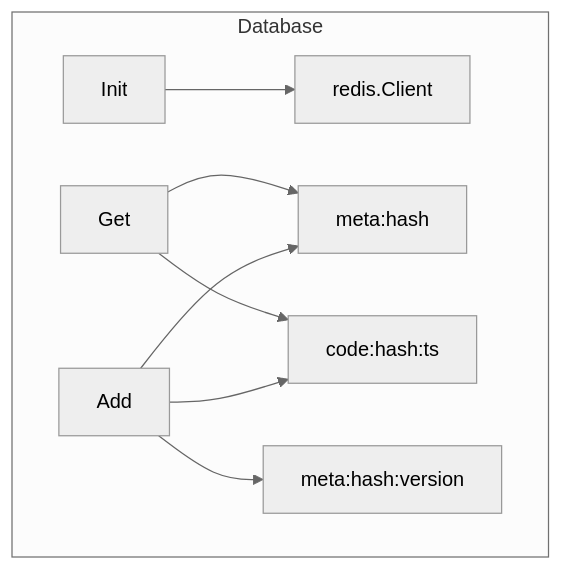
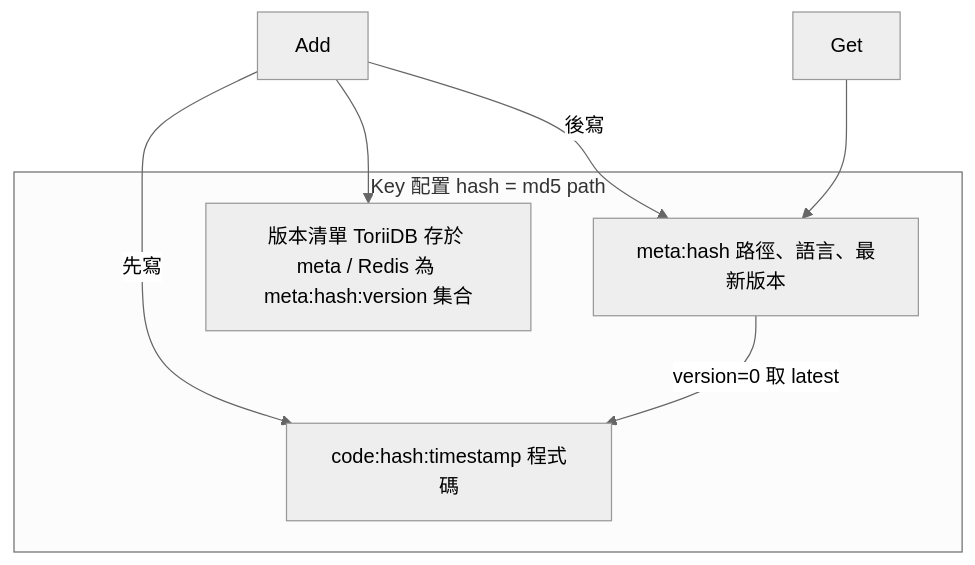
The sixth of 10 diagrams in doc/architecture.zh.md (pardnchiu/HakoRun), drawn with Mermaid (neutral theme) before and after one commit. The commit also changed other lines of this file and 17 other files, not shown here.

````diff
--- a/doc/architecture.zh.md
+++ b/doc/architecture.zh.md
@@ -56,11 +124,13 @@
 ```mermaid
 graph TB
-    subgraph Database
-        Init[Init] --> RDB[redis.Client]
-        Add[Add] --> Meta[meta:hash]
-        Add --> Code[code:hash:ts]
-        Add --> Versions[meta:hash:version]
-        Get[Get] --> Meta
-        Get --> Code
+    subgraph Keys[Key 配置 hash = md5 path]
+        Meta[meta:hash 路徑、語言、最新版本]
+        Code[code:hash:timestamp 程式碼]
+        Versions[版本清單 ToriiDB 存於 meta / Redis 為 meta:hash:version 集合]
     end
+    Add[Add] -->|先寫| Code
+    Add -->|後寫| Meta
+    Add --> Versions
+    Get[Get] --> Meta
+    Meta -->|version=0 取 latest| Code
 ```
````
